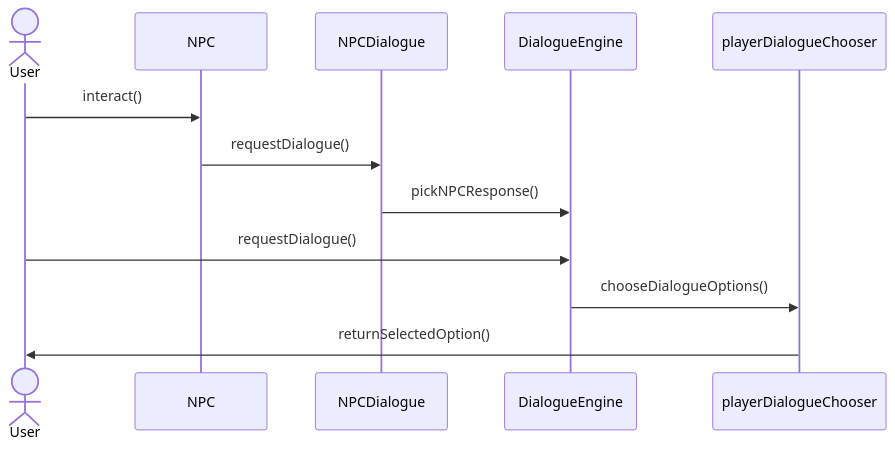
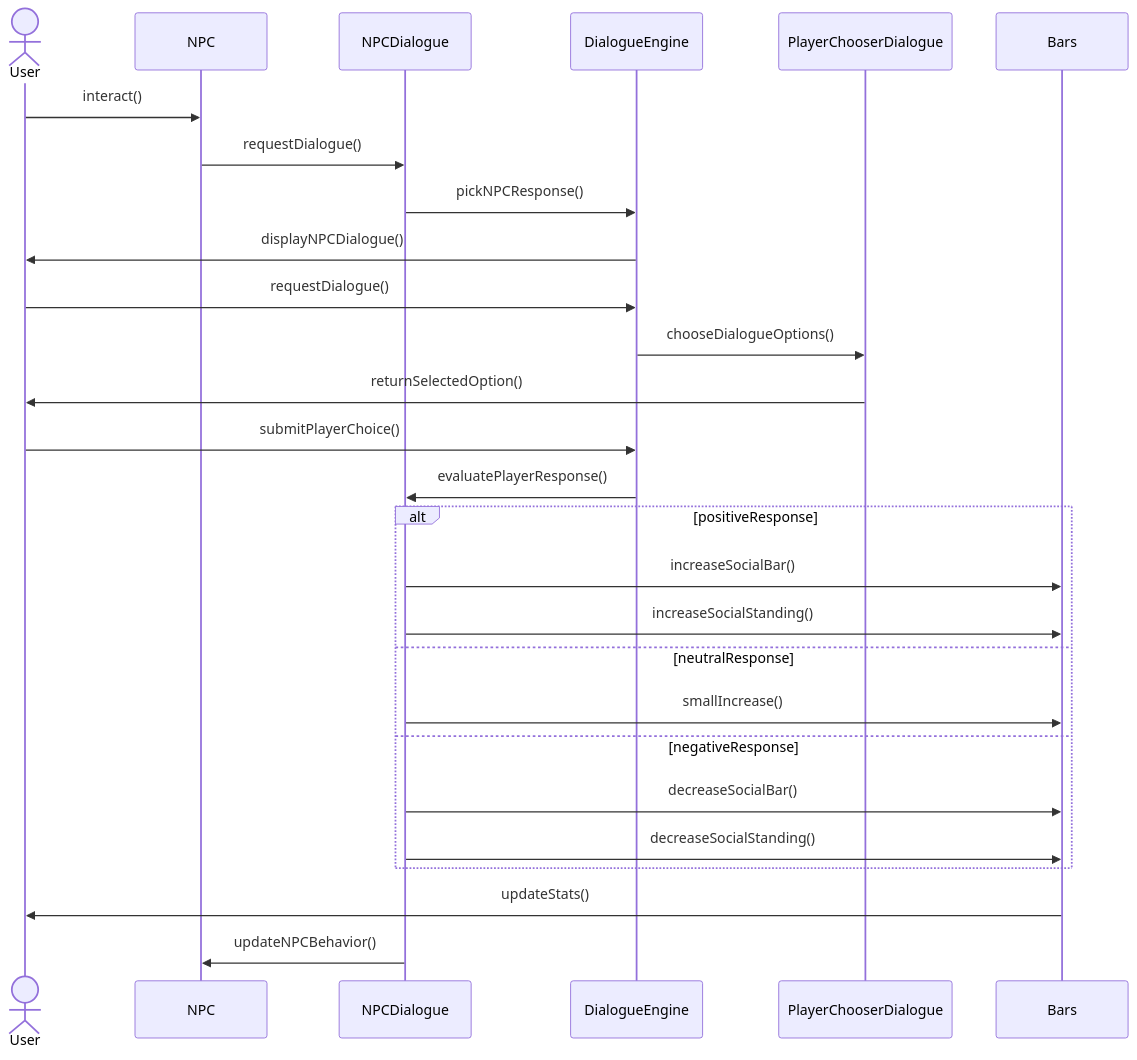
One commit to gagana023/A-Typical-Day changed diagram 12 of 12 in doc/sequenceDiagram.md. Above: the diagram before and after it, drawn with Mermaid.

Commit message:
fixed sequenceDiagram - alg flow for bar update

````diff
--- a/doc/sequenceDiagram.md
+++ b/doc/sequenceDiagram.md
@@ -209,15 +209,36 @@
 ```mermaid
 sequenceDiagram
     actor U as User
     participant N as NPC
     participant ND as NPCDialogue
     participant DE as DialogueEngine
-    participant UD as playerDialogueChooser
+    participant UD as PlayerChooserDialogue
+    participant B as Bars
 
     U->>N: interact()
     N->>ND: requestDialogue()
+
     ND->>DE: pickNPCResponse()
+    DE->>U: displayNPCDialogue()
+
     U->>DE: requestDialogue()
     DE->>UD: chooseDialogueOptions()
+
     UD->>U: returnSelectedOption()
+    U->>DE: submitPlayerChoice()
+
+    DE->>ND: evaluatePlayerResponse()
+
+    alt positiveResponse
+        ND->>B: increaseSocialBar()
+        ND->>B: increaseSocialStanding()
+    else neutralResponse
+        ND->>B: smallIncrease()
+    else negativeResponse
+        ND->>B: decreaseSocialBar()
+        ND->>B: decreaseSocialStanding()
+    end
+
+    B->>U: updateStats()
+    ND->>N: updateNPCBehavior()
 ```
````
